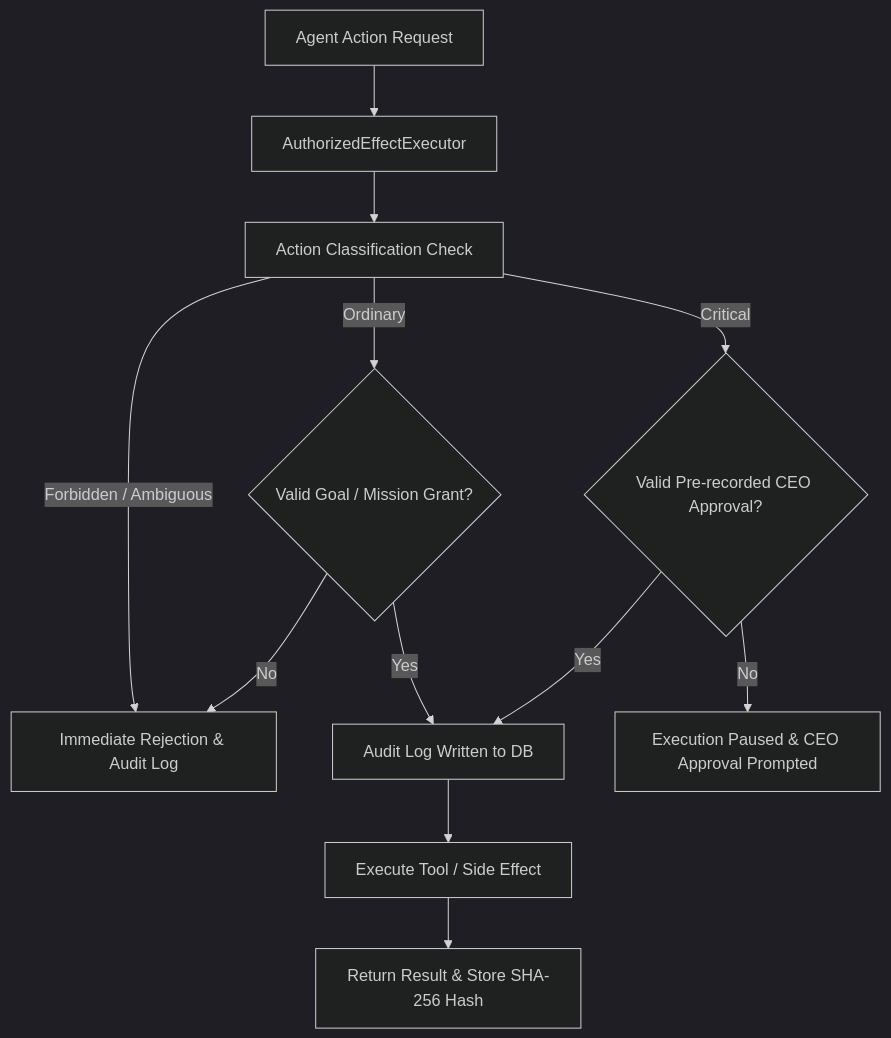
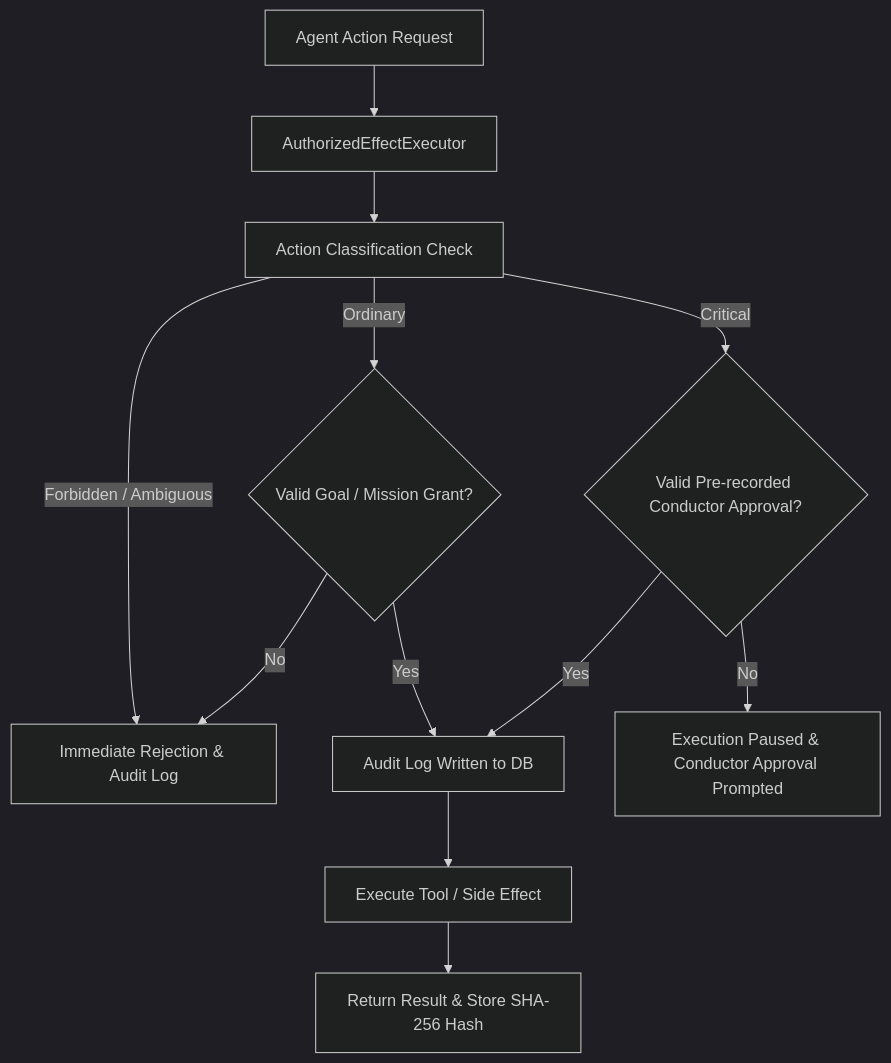
The first of 2 diagrams in docs/04-security-and-authority-model.md (noth3dev/maestro), drawn with Mermaid (dark theme) before and after one commit. The commit also changed other lines of this file and 8 other files, not shown here.

````diff
--- a/docs/04-security-and-authority-model.md
+++ b/docs/04-security-and-authority-model.md
@@ -24,18 +24,18 @@
 ```mermaid
 flowchart TD
     REQ[Agent Action Request] --> GATE[AuthorizedEffectExecutor]
     
     GATE --> CLASS[Action Classification Check]
     CLASS -->|Forbidden / Ambiguous| DENY[Immediate Rejection & Audit Log]
     CLASS -->|Ordinary| CHECK_GRANT{Valid Goal / Mission Grant?}
-    CLASS -->|Critical| CHECK_APPROVAL{Valid Pre-recorded CEO Approval?}
+    CLASS -->|Critical| CHECK_APPROVAL{Valid Pre-recorded Conductor Approval?}
     
     CHECK_GRANT -->|No| DENY
     CHECK_GRANT -->|Yes| AUDIT[Audit Log Written to DB]
     
-    CHECK_APPROVAL -->|No| PAUSE[Execution Paused & CEO Approval Prompted]
+    CHECK_APPROVAL -->|No| PAUSE[Execution Paused & Conductor Approval Prompted]
     CHECK_APPROVAL -->|Yes| AUDIT
     
     AUDIT --> EXEC[Execute Tool / Side Effect]
     EXEC --> RESULT[Return Result & Store SHA-256 Hash]
 ```
````
